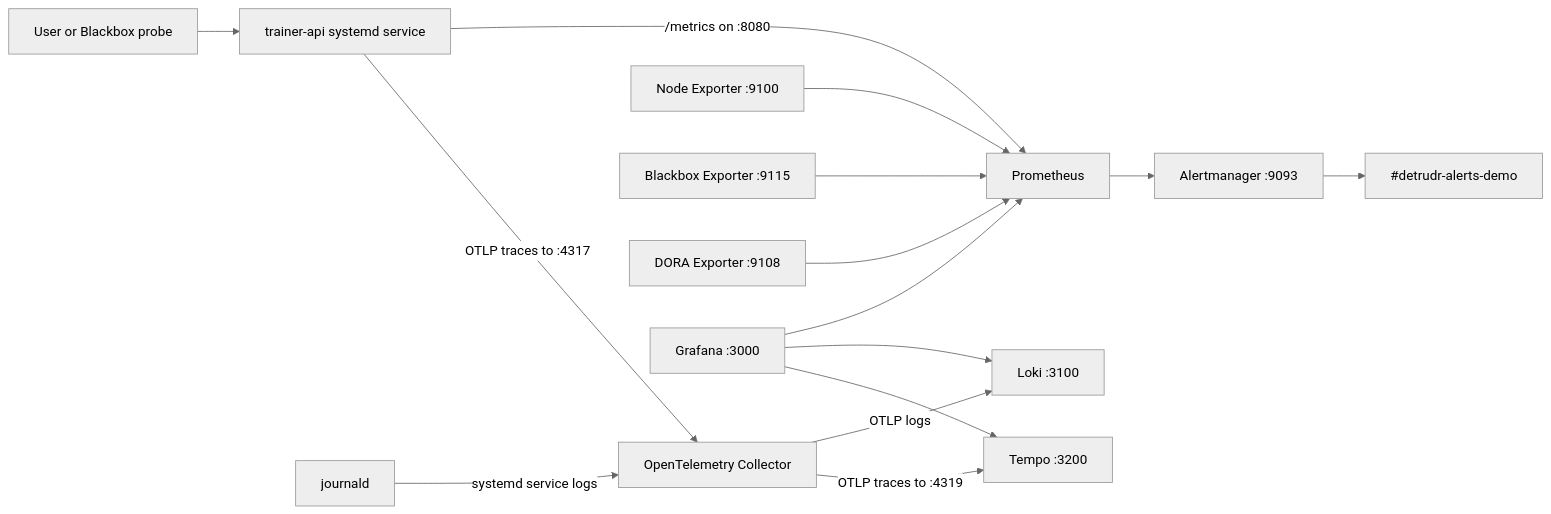
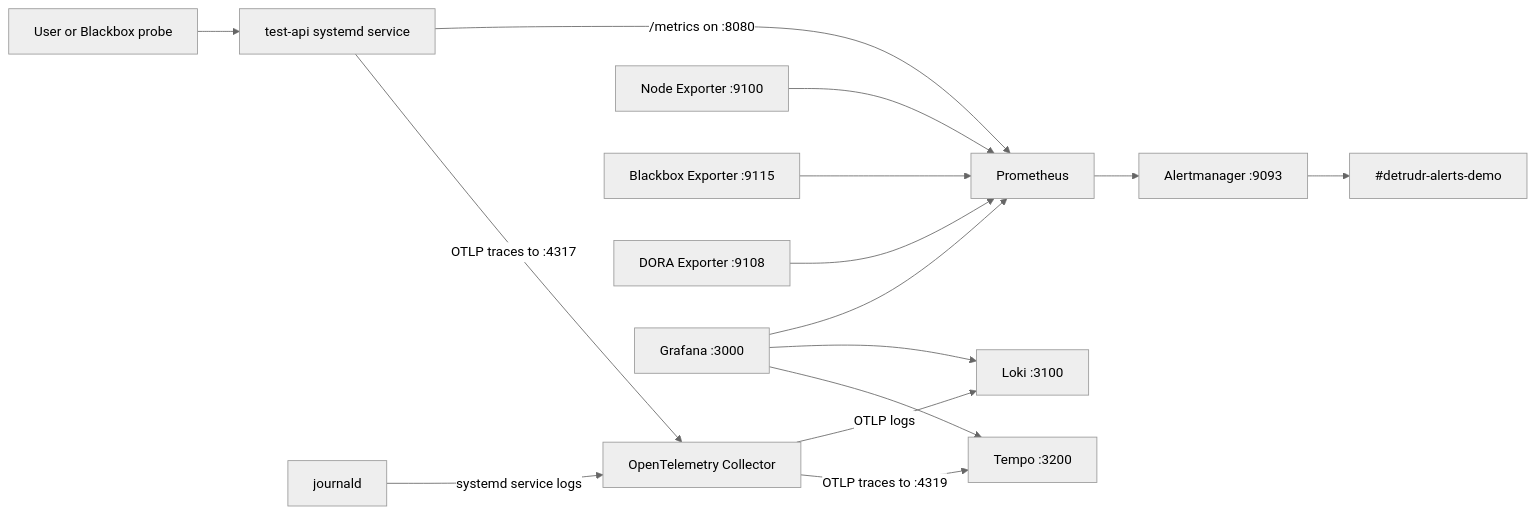
The first of 4 diagrams in docs/architecture.md (Okpainmo/personal-trainer-observability-and-reliability-deployment), drawn with Mermaid (neutral theme) before and after one commit. The commit also changed other lines of this file and 30 other files, not shown here.

Commit message:
refactor: rename demo workload to test-api

````diff
--- a/docs/architecture.md
+++ b/docs/architecture.md
@@ -5,17 +5,17 @@
 ```mermaid
 flowchart LR
-  U[User or Blackbox probe] --> API[trainer-api systemd service]
+  U[User or Blackbox probe] --> API[test-api systemd service]
   API -->|/metrics on :8080| P[Prometheus]
   API -->|OTLP traces to :4317| OTel[OpenTelemetry Collector]
   Journal[journald] -->|systemd service logs| OTel
   OTel -->|OTLP logs| Loki[Loki :3100]
   OTel -->|OTLP traces to :4319| Tempo[Tempo :3200]
   NE[Node Exporter :9100] --> P
   BB[Blackbox Exporter :9115] --> P
   Dora[DORA Exporter :9108] --> P
   P --> AM[Alertmanager :9093]
   AM --> Slack[#detrudr-alerts-demo]
   Grafana[Grafana :3000] --> P
   Grafana --> Loki
   Grafana --> Tempo
 ```
````
